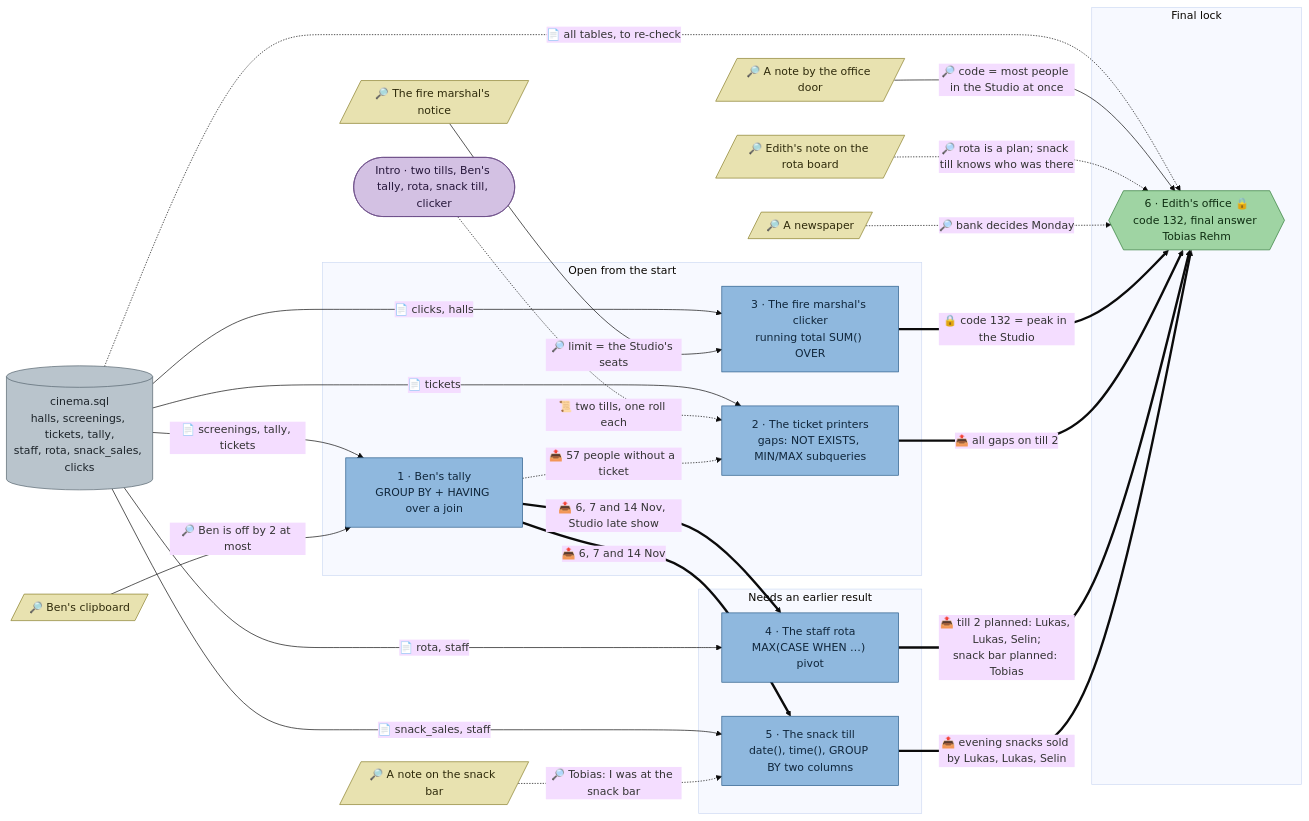
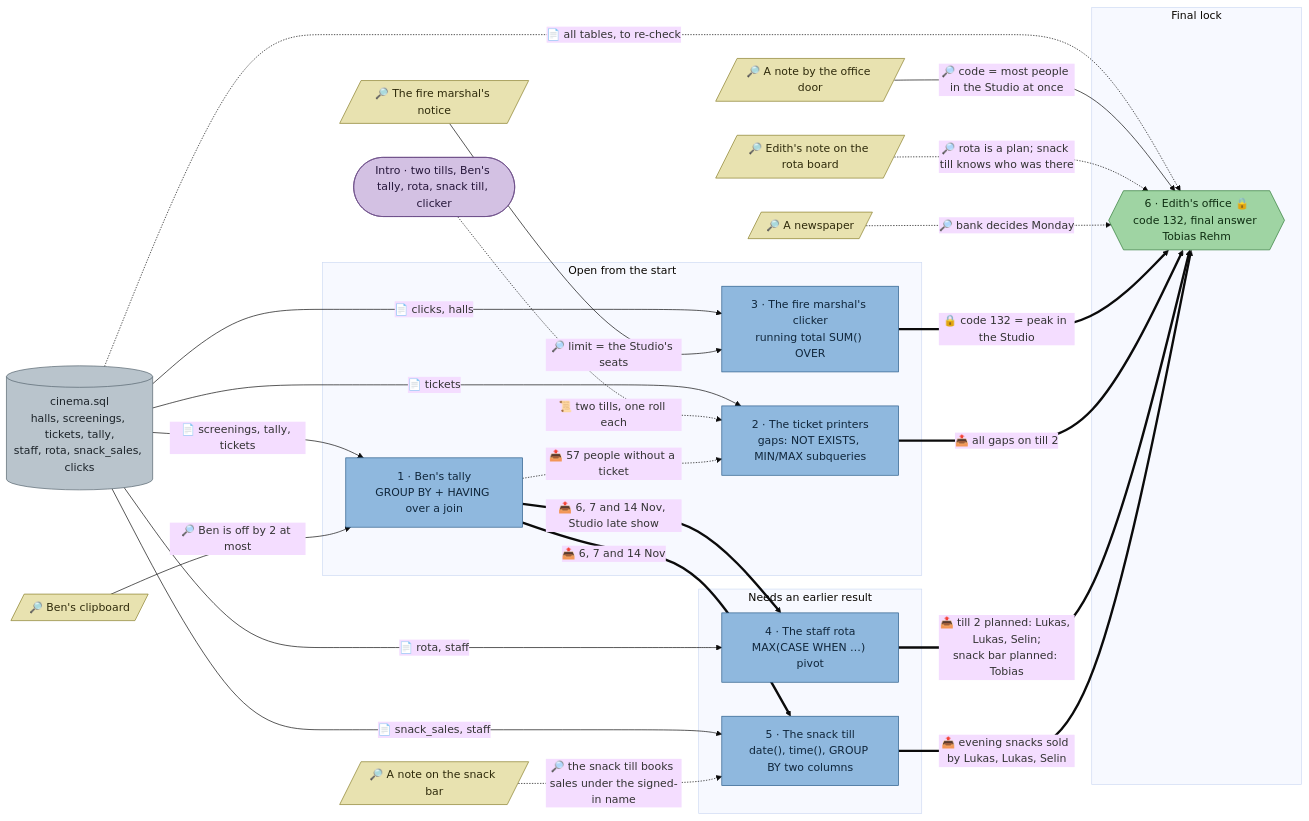
The diagram in docs/flows/sql-cinema.md (mhoffmann-wbs/DataScienceEscapeRooms), drawn with Mermaid (base theme) before and after one commit. The commit also changed other lines of this file and 3 other files, not shown here.

Commit message:
Last Show: the snack till's reveal no longer names Tobias, his note is a neutral sign-in reminder, and the printers' reveal drops the dates so the tally is needed for them

````diff
--- a/docs/flows/sql-cinema.md
+++ b/docs/flows/sql-cinema.md
@@ -5,64 +5,64 @@
 ```mermaid
 flowchart LR
   intro(["Intro · two tills, Ben's tally, rota, snack till, clicker"])
 
   tallynote[/"🔎 Ben's clipboard"/]
   firenotice[/"🔎 The fire marshal's notice"/]
   officenote[/"🔎 A note by the office door"/]
   edithnote[/"🔎 Edith's note on the rota board"/]
   tobiasnote[/"🔎 A note on the snack bar"/]
   newspaper[/"🔎 A newspaper"/]
 
   d_cinema[("cinema.sql<br/>halls, screenings, tickets, tally,<br/>staff, rota, snack_sales, clicks")]
 
   subgraph p1["Open from the start"]
     tally["1 · Ben's tally<br/>GROUP BY + HAVING over a join"]
     printer["2 · The ticket printers<br/>gaps: NOT EXISTS, MIN/MAX subqueries"]
     clicker["3 · The fire marshal's clicker<br/>running total SUM() OVER"]
   end
 
   subgraph p2["Needs an earlier result"]
     rota["4 · The staff rota<br/>MAX(CASE WHEN …) pivot"]
     snacks["5 · The snack till<br/>date(), time(), GROUP BY two columns"]
   end
 
   subgraph p3["Final lock"]
     office{{"6 · Edith's office 🔒<br/>code 132, final answer Tobias Rehm"}}
   end
 
   d_cinema -->|"📄 screenings, tally, tickets"| tally
   d_cinema -->|"📄 tickets"| printer
   d_cinema -->|"📄 clicks, halls"| clicker
   d_cinema -->|"📄 rota, staff"| rota
   d_cinema -->|"📄 snack_sales, staff"| snacks
   d_cinema -.->|"📄 all tables, to re-check"| office
 
   tallynote -->|"🔎 Ben is off by 2 at most"| tally
   firenotice -->|"🔎 limit = the Studio's seats"| clicker
   officenote -->|"🔎 code = most people in the Studio at once"| office
   edithnote -.->|"🔎 rota is a plan; snack till knows who was there"| office
-  tobiasnote -.->|"🔎 Tobias: I was at the snack bar"| snacks
+  tobiasnote -.->|"🔎 the snack till books sales under the signed-in name"| snacks
   newspaper -.->|"🔎 bank decides Monday"| office
   intro -.->|"📜 two tills, one roll each"| printer
 
   tally ==>|"📤 6, 7 and 14 Nov, Studio late show"| rota
   tally ==>|"📤 6, 7 and 14 Nov"| snacks
 
   clicker ==>|"🔒 code 132 = peak in the Studio"| office
   printer ==>|"📤 all gaps on till 2"| office
   rota ==>|"📤 till 2 planned: Lukas, Lukas, Selin;<br/>snack bar planned: Tobias"| office
   snacks ==>|"📤 evening snacks sold by Lukas, Lukas, Selin"| office
   tally -.->|"📤 57 people without a ticket"| printer
 
   classDef station fill:#8fb8de,stroke:#2b5d8a,color:#10263b
   classDef locked fill:#e0b36a,stroke:#8a5a12,color:#3a2504
   classDef clue fill:#e8e2b0,stroke:#8a7f2b,color:#2e2a0b
   classDef data fill:#b9c4cc,stroke:#55636e,color:#1c2329
   classDef final fill:#9fd4a3,stroke:#2f7a36,color:#0f2e12
   classDef intro fill:#d3c1e3,stroke:#6a4c86,color:#25163a
   class tally,printer,clicker,rota,snacks station
   class tallynote,firenotice,officenote,edithnote,tobiasnote,newspaper clue
   class d_cinema data
   class office final
   class intro intro
 ```
````
